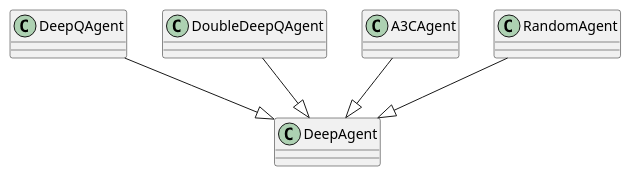
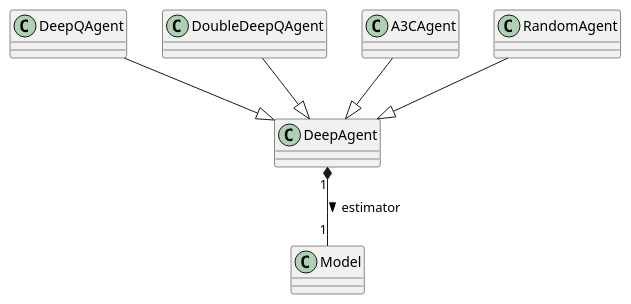
One commit to Kautenja/playing-mario-with-deep-reinforcement-learning changed the diagram in UML/domain.puml. Above: the diagram before and after it, drawn with PlantUML.

Commit message:
update UML

```diff
--- a/UML/domain.puml
+++ b/UML/domain.puml
@@ -1,27 +1,32 @@
 @startuml
+
+class Model {
+
+}
 
 class DeepAgent {
 
 }
+DeepAgent "1" *-- "1" Model: estimator >
 
 class DeepQAgent {
 
 }
 DeepQAgent --|> DeepAgent
 
 class DoubleDeepQAgent {
 
 }
 DoubleDeepQAgent --|> DeepAgent
 
 class A3CAgent {
 
 }
 A3CAgent --|> DeepAgent
 
 class RandomAgent {
 
 }
 RandomAgent --|> DeepAgent
 
 @enduml
```
